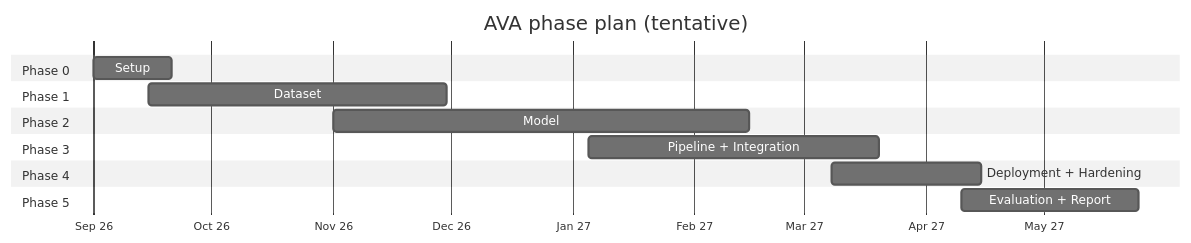
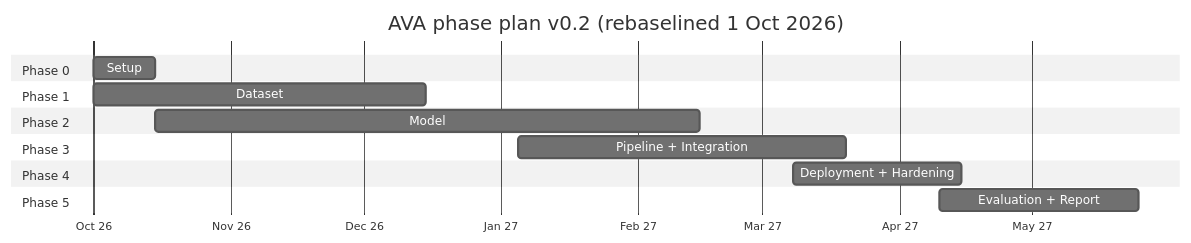
Before and after one commit to mIBRAHIM707/Audio-Veracity-Analyzer: the first of 2 diagrams in prd.md, drawn with Mermaid (neutral theme). The commit also changed other lines of this file, not shown here.

````diff
--- a/prd.md
+++ b/prd.md
@@ -384,18 +391,18 @@
 ```mermaid
 gantt
-    title AVA phase plan (tentative)
+    title AVA phase plan v0.2 (rebaselined 1 Oct 2026)
     dateFormat  YYYY-MM-DD
     axisFormat  %b %y
     section Phase 0
-    Setup                       :p0, 2026-09-01, 2026-09-21
+    Setup                       :p0, 2026-10-01, 2026-10-15
     section Phase 1
-    Dataset                     :p1, 2026-09-15, 2026-11-30
+    Dataset                     :p1, 2026-10-01, 2026-12-15
     section Phase 2
-    Model                       :p2, 2026-11-01, 2027-02-15
+    Model                       :p2, 2026-10-15, 2027-02-15
     section Phase 3
     Pipeline + Integration      :p3, 2027-01-05, 2027-03-20
     section Phase 4
     Deployment + Hardening      :p4, 2027-03-08, 2027-04-15
     section Phase 5
     Evaluation + Report         :p5, 2027-04-10, 2027-05-25
 ```
````
